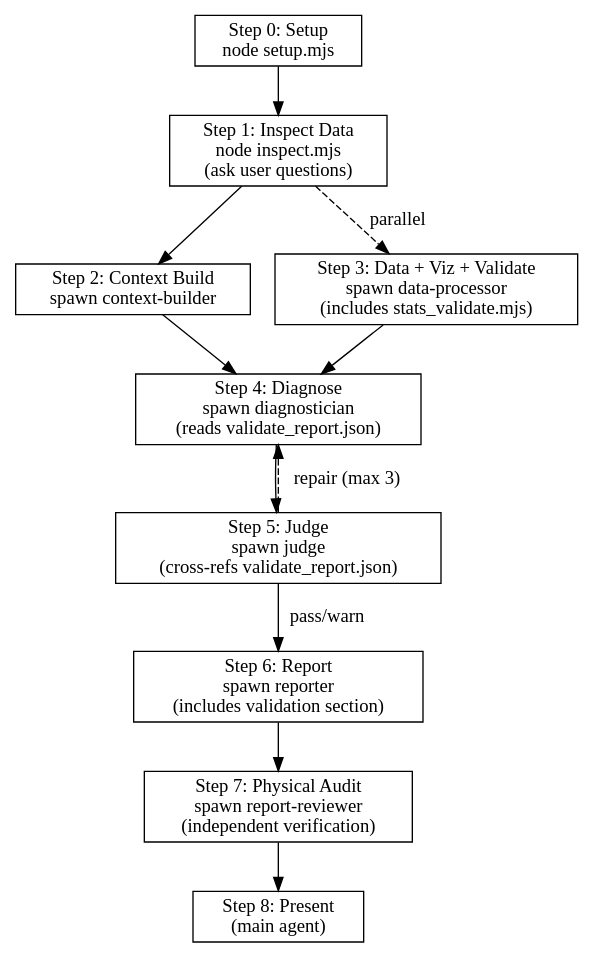
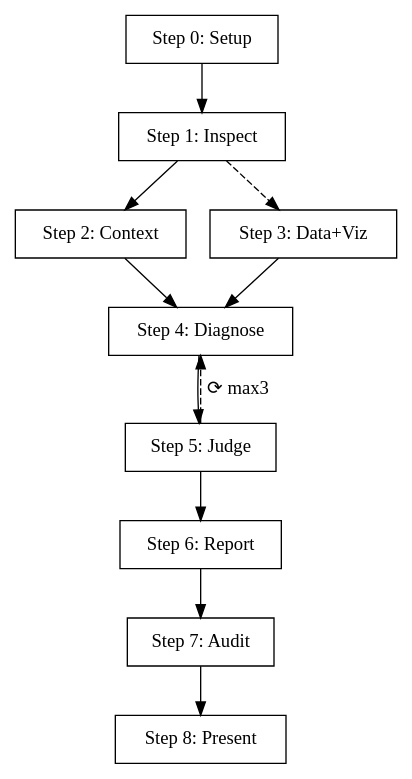
The diagram in .claude/skills/industrial-deep-diagnostic/SKILL.md (kingdol666/industrial-deep-diagnostic), drawn with Graphviz before and after one commit. The commit also changed other lines of this file and 20 other files, not shown here.

````diff
--- a/.claude/skills/industrial-deep-diagnostic/SKILL.md
+++ b/.claude/skills/industrial-deep-diagnostic/SKILL.md
@@ -49,27 +51,25 @@
 ```dot
 digraph diagnostic_flow {
   rankdir=TB;
   node [shape=box];
-
-  setup [label="Step 0: Setup\nnode setup.mjs"];
-  inspect [label="Step 1: Inspect Data\nnode inspect.mjs\n(ask user questions)"];
-  context [label="Step 2: Context Build\nspawn context-builder"];
-  dataproc [label="Step 3: Data + Viz + Validate\nspawn data-processor\n(includes stats_validate.mjs)"];
-  diag [label="Step 4: Diagnose\nspawn diagnostician\n(reads validate_report.json)"];
-  judge [label="Step 5: Judge\nspawn judge\n(cross-refs validate_report.json)"];
-  report [label="Step 6: Report\nspawn reporter\n(includes validation section)"];
-  review [label="Step 7: Physical Audit\nspawn report-reviewer\n(independent verification)"];
-  present [label="Step 8: Present\n(main agent)"];
-
+  setup [label="Step 0: Setup"];
+  inspect [label="Step 1: Inspect"];
+  context [label="Step 2: Context"];
+  dataproc [label="Step 3: Data+Viz"];
+  diag [label="Step 4: Diagnose"];
+  judge [label="Step 5: Judge"];
+  report [label="Step 6: Report"];
+  review [label="Step 7: Audit"];
+  present [label="Step 8: Present"];
   setup -> inspect;
   inspect -> context;
-  inspect -> dataproc [style=dashed label="parallel" ];
+  inspect -> dataproc [style=dashed];
   context -> diag;
   dataproc -> diag;
   diag -> judge;
-  judge -> diag [label="repair (max 3)" style=dashed];
-  judge -> report [label="pass/warn"];
+  judge -> diag [label="⟳ max3" style=dashed];
+  judge -> report;
   report -> review;
   review -> present;
 }
 ```
````
